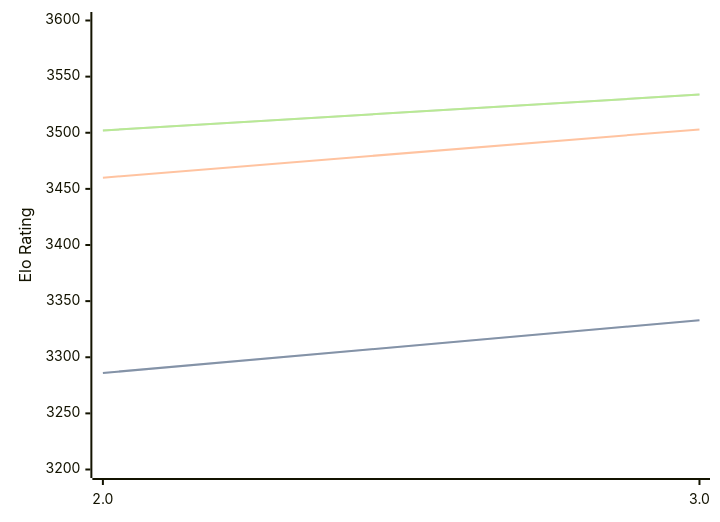
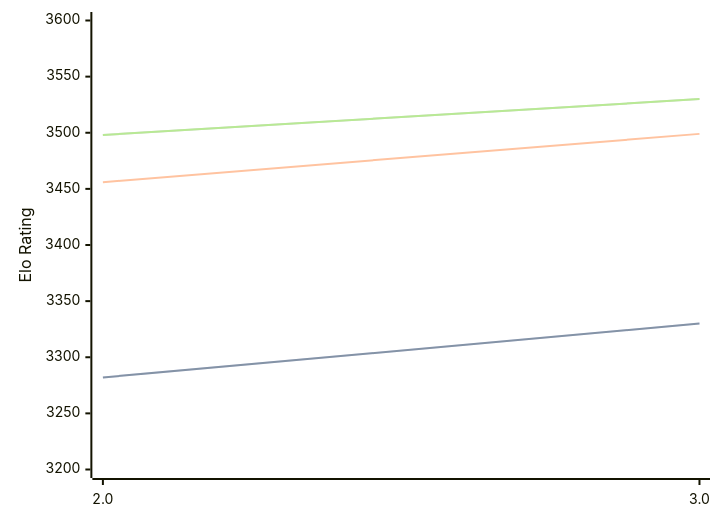
The first of 3 diagrams in engines/Quanticade.md (computer-chess-index/cci), drawn with Mermaid before and after one commit. The commit also changed other lines of this file, not shown here.

Commit message:
Update CCI Ratings (ELO VLTC) - 2026-07-16

````diff
--- a/engines/Quanticade.md
+++ b/engines/Quanticade.md
@@ -41,11 +41,11 @@
 ```mermaid
 %%{init: {"theme":"base","themeVariables":{"seriesColors:['#a3a3a3','#222221','#faa371']}}}%%
 xychart-beta
   x-axis ["2.0", "3.0"]
   y-axis "Elo Rating" 3200 --> 3600
-  line "STC (8.0+0.08s)" [3286, 3333]
-  line "STC (8.0+0.08s)" [3286, 3333]
-  line "LTC (60.0+0.60s)" [3460, 3503]
-  line "VLTC (2m24s+1.12s)" [3502, 3534]
-  line "VLTC (2m24s+1.12s)" [3502, 3534]
+  line "STC (8.0+0.08s)" [3282, 3330]
+  line "STC (8.0+0.08s)" [3282, 3330]
+  line "LTC (60.0+0.60s)" [3456, 3499]
+  line "VLTC (2m24s+1.12s)" [3498, 3530]
+  line "VLTC (2m24s+1.12s)" [3498, 3530]
 ```
````
